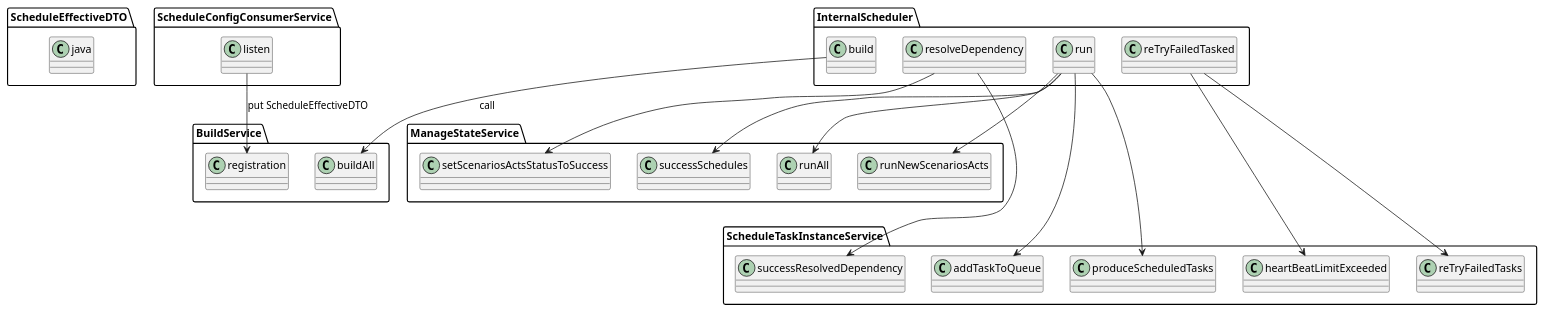
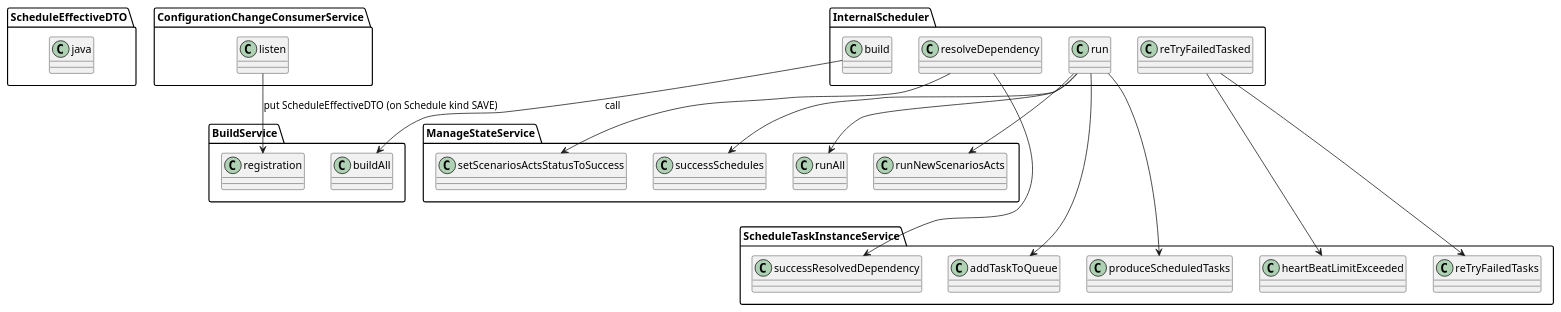
One commit to zaytsevdmitry/lakehouse changed the diagram in lakehouse-scheduler-svc/doc/scheduling/SchedulerClasses.puml. Above: the diagram before and after it, drawn with PlantUML. The commit also changed 380 other files, not shown here.

```diff
--- a/lakehouse-scheduler-svc/doc/scheduling/SchedulerClasses.puml
+++ b/lakehouse-scheduler-svc/doc/scheduling/SchedulerClasses.puml
@@ -1,21 +1,21 @@
 @startuml
 
 class ScheduleEffectiveDTO.java
 
-ScheduleConfigConsumerService.listen -->   BuildService.registration : put ScheduleEffectiveDTO
+ConfigurationChangeConsumerService.listen -->   BuildService.registration : put ScheduleEffectiveDTO (on Schedule kind SAVE)
 
 InternalScheduler.build --> BuildService.buildAll : call
 
 InternalScheduler.resolveDependency -->ManageStateService.setScenariosActsStatusToSuccess
 InternalScheduler.resolveDependency --->ScheduleTaskInstanceService.successResolvedDependency
 
 InternalScheduler.run -->		ManageStateService.runAll
 InternalScheduler.run -->		ManageStateService.runNewScenariosActs
 InternalScheduler.run --->	ScheduleTaskInstanceService.addTaskToQueue
 InternalScheduler.run ---> ScheduleTaskInstanceService.produceScheduledTasks
 InternalScheduler.run -->		ManageStateService.successSchedules
 
 InternalScheduler.reTryFailedTasked ---> ScheduleTaskInstanceService.heartBeatLimitExceeded
 InternalScheduler.reTryFailedTasked ---> ScheduleTaskInstanceService.reTryFailedTasks
 
 @enduml
```
